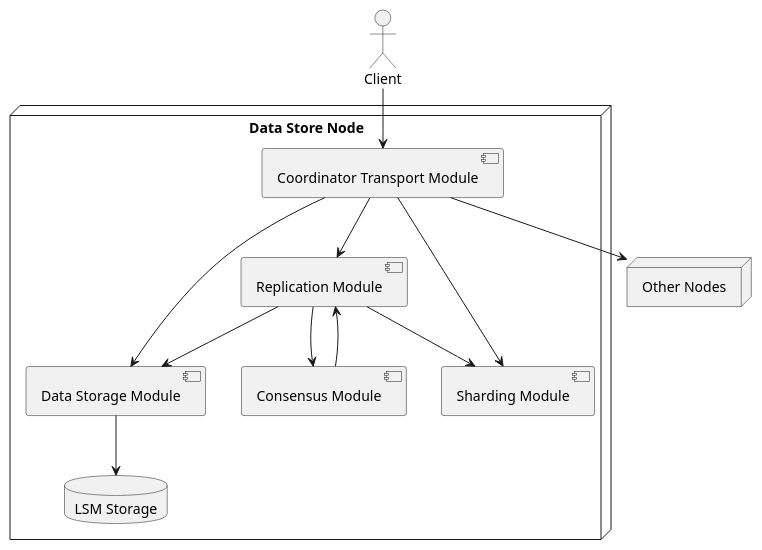
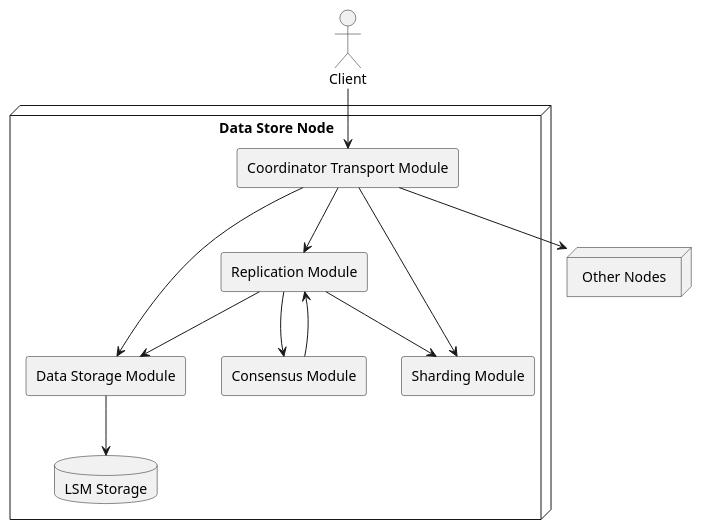
One commit to EliriaT/distributed-store changed the diagram in diagrams/component.puml. Above: the diagram before and after it, drawn with PlantUML. The commit also changed 17 other files, not shown here.

Commit message:
Update diagrams..

```diff
--- a/diagrams/component.puml
+++ b/diagrams/component.puml
@@ -1,29 +1,31 @@
 @startuml
+
+skinparam componentStyle rectangle
 
 node "Data Store Node" {
   database "LSM Storage" as DB
   component "Data Storage Module" as DM
   component "Consensus Module" as CM
   component "Replication Module" as RM
 
   component "Sharding Module" as SM
   component "Coordinator Transport Module" as CTM
 }
 
 actor "Client" as C
 node "Other Nodes" as N
 
 
 C --> CTM
 CTM --> N
 
 DM --> DB
 CTM --> DM
 CTM --> SM
 CTM --> RM
 RM --> CM
 CM --> RM
 RM --> SM
 RM --> DM
 
 @enduml
```
